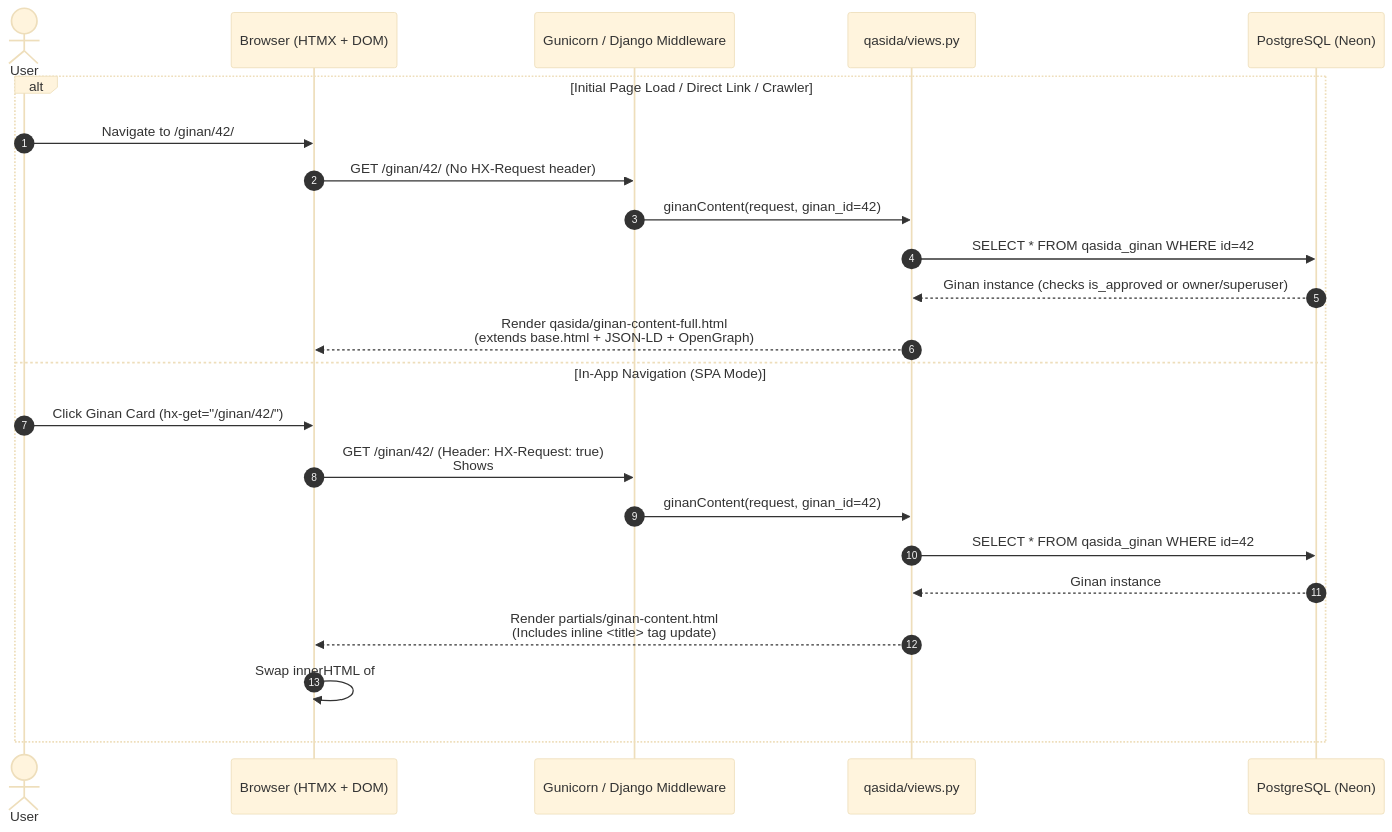
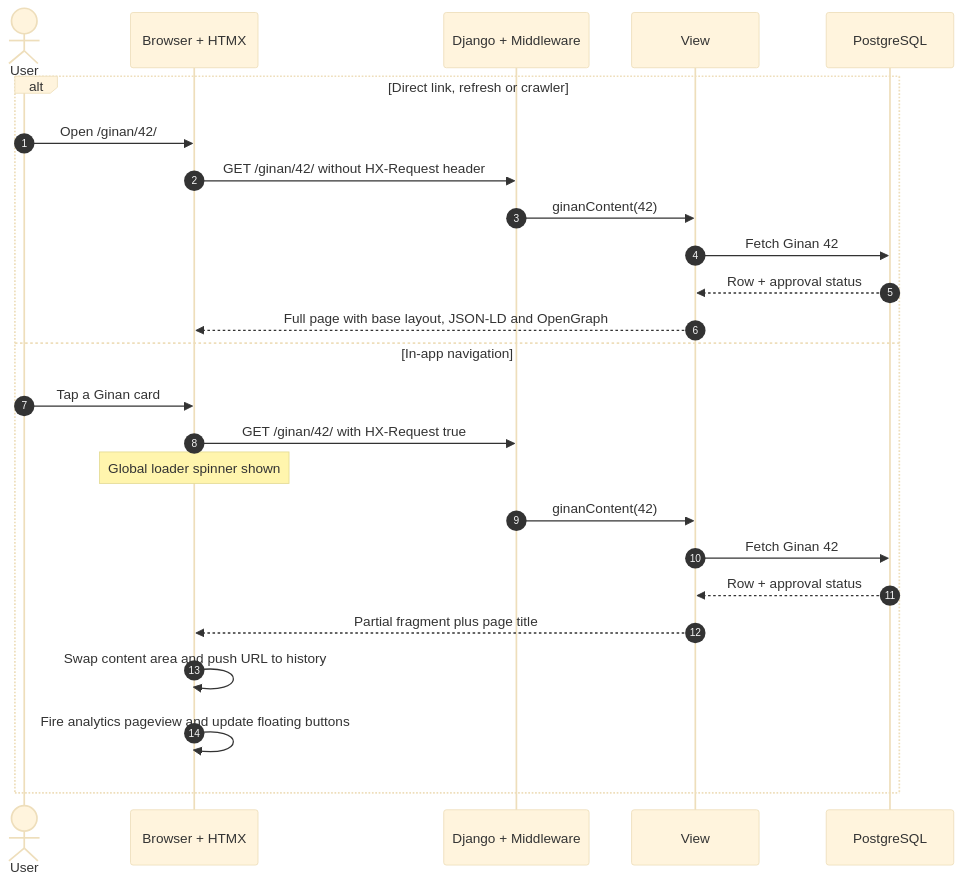
The first of 3 diagrams in ARCHITECTURE.md (Kashan-A1i/Qasida-Architecture), drawn with Mermaid (base theme) before and after one commit. The commit also changed other lines of this file and 3 other files, not shown here.

Commit message:
docs: fix mermaid rendering, add theqasida.com, redesign showcase

````diff
--- a/ARCHITECTURE.md
+++ b/ARCHITECTURE.md
@@ -23,26 +37,28 @@
 ```mermaid
 sequenceDiagram
     autonumber
-    actor User
-    participant Browser as Browser (HTMX + DOM)
-    participant Gunicorn as Gunicorn / Django Middleware
-    participant View as qasida/views.py
-    participant DB as PostgreSQL (Neon)
+    actor U as User
+    participant B as Browser + HTMX
+    participant D as Django + Middleware
+    participant V as View
+    participant DB as PostgreSQL
 
-    alt Initial Page Load / Direct Link / Crawler
-        User->>Browser: Navigate to /ginan/42/
-        Browser->>Gunicorn: GET /ginan/42/ (No HX-Request header)
-        Gunicorn->>View: ginanContent(request, ginan_id=42)
-        View->>DB: SELECT * FROM qasida_ginan WHERE id=42
-        DB-->>View: Ginan instance (checks is_approved or owner/superuser)
-        View-->>Browser: Render qasida/ginan-content-full.html<br/>(extends base.html + JSON-LD + OpenGraph)
-    else In-App Navigation (SPA Mode)
-        User->>Browser: Click Ginan Card (hx-get="/ginan/42/")
-        Browser->>Gunicorn: GET /ginan/42/ (Header: HX-Request: true)<br/>Shows #global-loader spinner
-        Gunicorn->>View: ginanContent(request, ginan_id=42)
-        View->>DB: SELECT * FROM qasida_ginan WHERE id=42
-        DB-->>View: Ginan instance
-        View-->>Browser: Render partials/ginan-content.html<br/>(Includes inline <title> tag update)
-        Browser->>Browser: Swap innerHTML of #content-area<br/>Push URL to History API (hx-push-url)<br/>Triggerhtmx:pushedIntoHistory -> gtag() & FAB visibility check
+    alt Direct link, refresh or crawler
+        U->>B: Open /ginan/42/
+        B->>D: GET /ginan/42/ without HX-Request header
+        D->>V: ginanContent(42)
+        V->>DB: Fetch Ginan 42
+        DB-->>V: Row + approval status
+        V-->>B: Full page with base layout, JSON-LD and OpenGraph
+    else In-app navigation
+        U->>B: Tap a Ginan card
+        B->>D: GET /ginan/42/ with HX-Request true
+        Note over B: Global loader spinner shown
+        D->>V: ginanContent(42)
+        V->>DB: Fetch Ginan 42
+        DB-->>V: Row + approval status
+        V-->>B: Partial fragment plus page title
+        B->>B: Swap content area and push URL to history
+        B->>B: Fire analytics pageview and update floating buttons
     end
 ```
````
